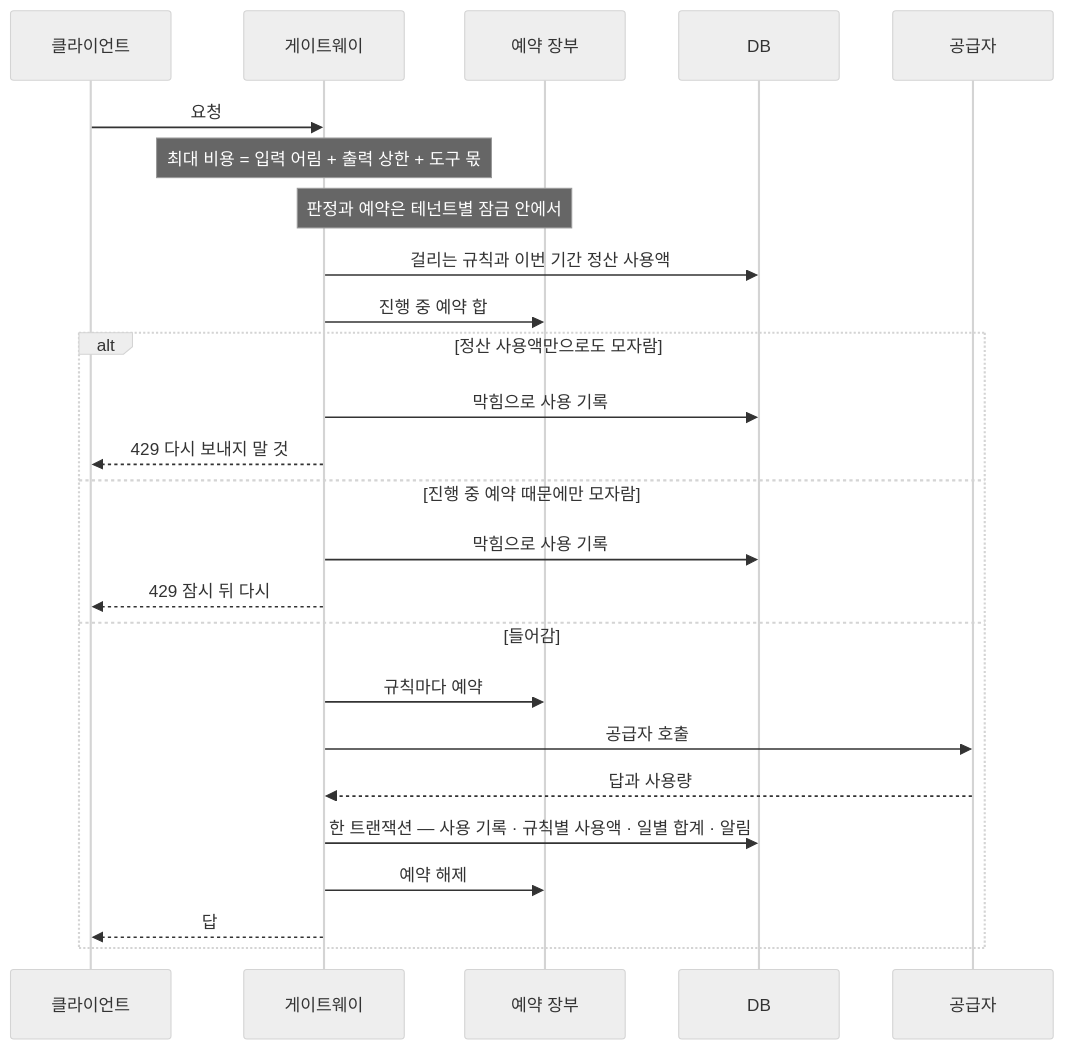
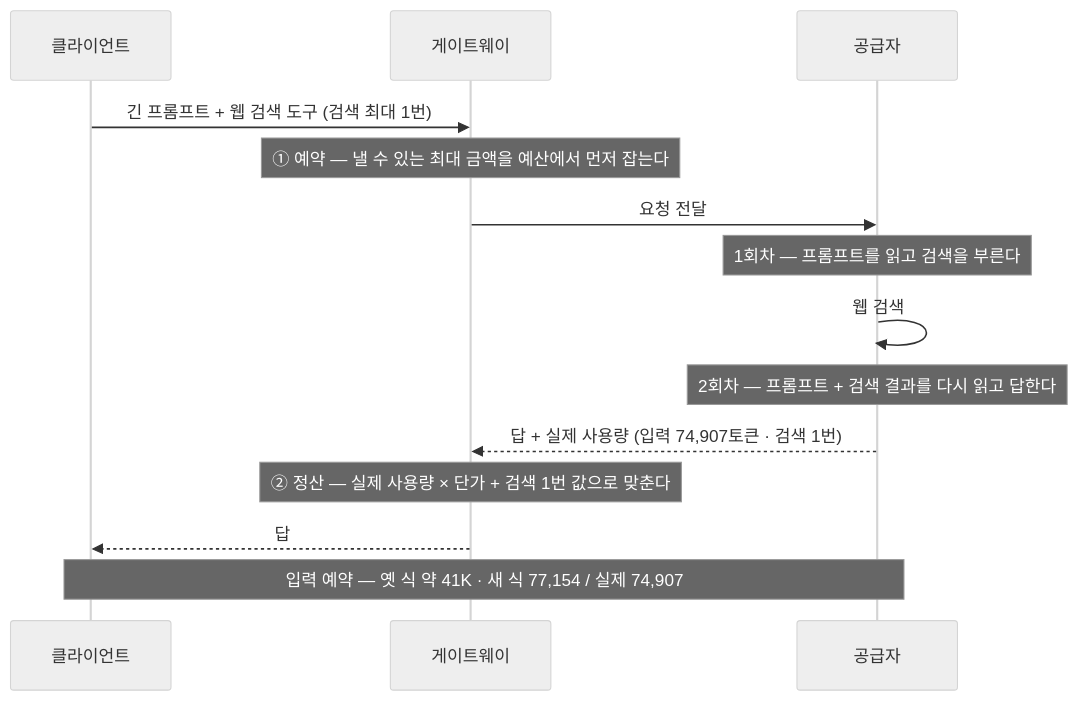
The diagram in src/content/features/llm/budget/diagram-2.mmd (06171002/06171002.github.io), drawn with Mermaid (neutral theme) before and after one commit. The commit also changed 28 other files, not shown here.

```diff
--- a/src/content/features/llm/budget/diagram-2.mmd
+++ b/src/content/features/llm/budget/diagram-2.mmd
@@ -1,25 +1,14 @@
 sequenceDiagram
     participant c as 클라이언트
     participant g as 게이트웨이
-    participant l as 예약 장부
-    participant d as DB
     participant p as 공급자
-    c->>g: 요청
-    Note over g: 최대 비용 = 입력 어림 + 출력 상한 + 도구 몫
-    Note over g,l: 판정과 예약은 테넌트별 잠금 안에서
-    g->>d: 걸리는 규칙과 이번 기간 정산 사용액
-    g->>l: 진행 중 예약 합
-    alt 정산 사용액만으로도 모자람
-        g->>d: 막힘으로 사용 기록
-        g-->>c: 429 다시 보내지 말 것
-    else 진행 중 예약 때문에만 모자람
-        g->>d: 막힘으로 사용 기록
-        g-->>c: 429 잠시 뒤 다시
-    else 들어감
-        g->>l: 규칙마다 예약
-        g->>p: 공급자 호출
-        p-->>g: 답과 사용량
-        g->>d: 한 트랜잭션 — 사용 기록 · 규칙별 사용액 · 일별 합계 · 알림
-        g->>l: 예약 해제
-        g-->>c: 답
-    end
+    c->>g: 긴 프롬프트 + 웹 검색 도구 (검색 최대 1번)
+    Note over g: ① 예약 — 낼 수 있는 최대 금액을 예산에서 먼저 잡는다
+    g->>p: 요청 전달
+    Note over p: 1회차 — 프롬프트를 읽고 검색을 부른다
+    p->>p: 웹 검색
+    Note over p: 2회차 — 프롬프트 + 검색 결과를 다시 읽고 답한다
+    p-->>g: 답 + 실제 사용량 (입력 74,907토큰 · 검색 1번)
+    Note over g: ② 정산 — 실제 사용량 × 단가 + 검색 1번 값으로 맞춘다
+    g-->>c: 답
+    Note over c,p: 입력 예약 — 옛 식 약 41K · 새 식 77,154 / 실제 74,907
```
